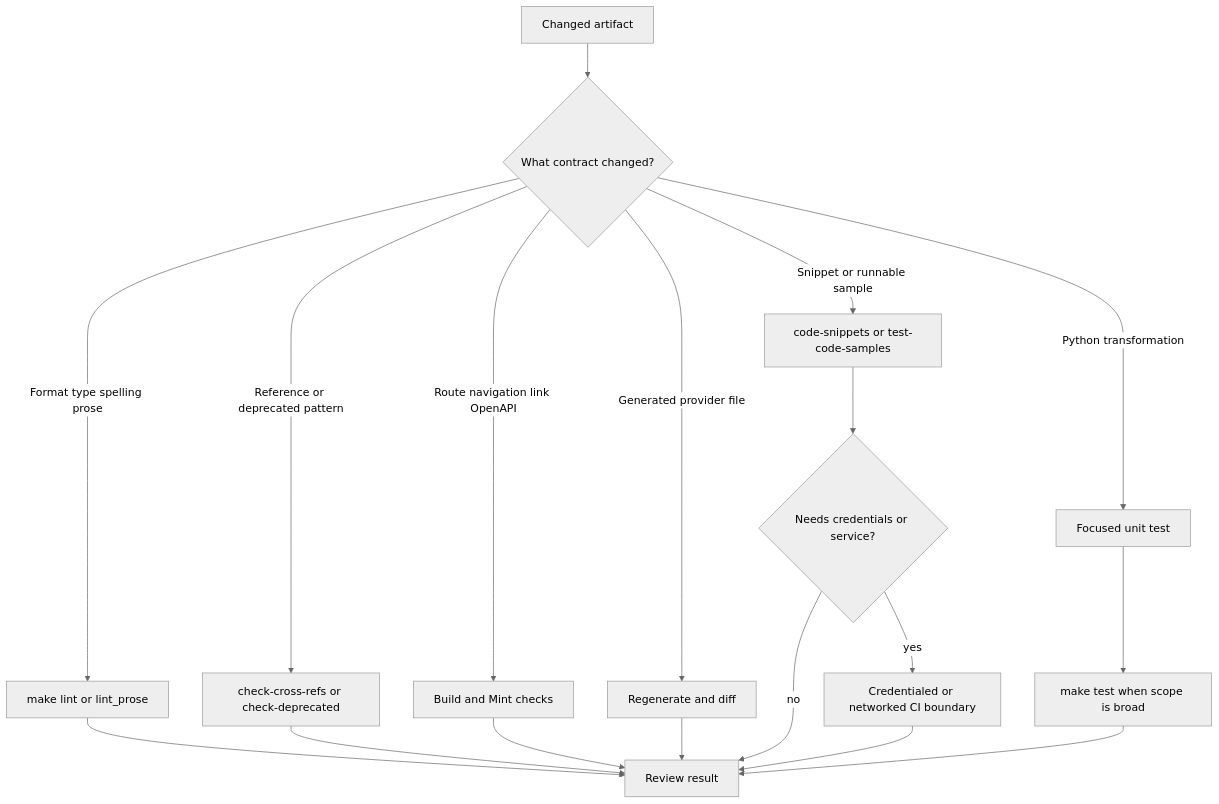
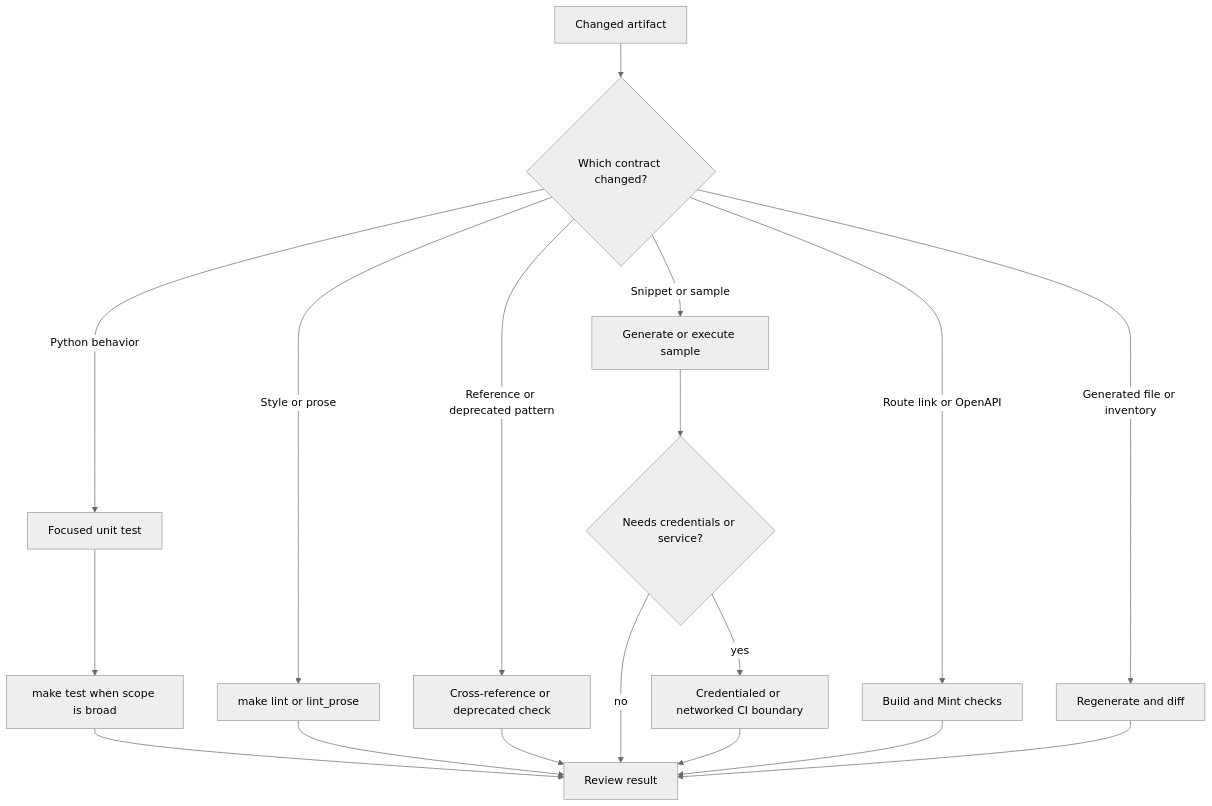
Before and after one commit to langchain-ai/docs: the diagram in openwiki/testing/test-overview.md, drawn with Mermaid (neutral theme). The commit also changed other lines of this file and 42 other files, not shown here.

````diff
--- a/openwiki/testing/test-overview.md
+++ b/openwiki/testing/test-overview.md
@@ -94,20 +89,20 @@
 ```mermaid
 flowchart TD
-  Artifact["Changed artifact"] --> Kind{"What contract changed?"}
-  Kind -->|"Python transformation"| Unit["Focused unit test"]
-  Kind -->|"Format type spelling prose"| Static["make lint or lint_prose"]
-  Kind -->|"Reference or deprecated pattern"| Source["check-cross-refs or check-deprecated"]
-  Kind -->|"Snippet or runnable sample"| Sample["code-snippets or test-code-samples"]
-  Kind -->|"Route navigation link OpenAPI"| Site["Build and Mint checks"]
-  Kind -->|"Generated provider file"| Generated["Regenerate and diff"]
+  Artifact["Changed artifact"] --> Kind{"Which contract changed?"}
+  Kind -->|"Python behavior"| Unit["Focused unit test"]
+  Kind -->|"Style or prose"| Static["make lint or lint_prose"]
+  Kind -->|"Reference or deprecated pattern"| Source["Cross-reference or deprecated check"]
+  Kind -->|"Snippet or sample"| Sample["Generate or execute sample"]
+  Kind -->|"Route link or OpenAPI"| Site["Build and Mint checks"]
+  Kind -->|"Generated file or inventory"| Generated["Regenerate and diff"]
   Unit --> Wider["make test when scope is broad"]
-  Static --> Review["Review result"]
+  Sample --> Boundary{"Needs credentials or service?"}
+  Boundary -->|"no"| Review["Review result"]
+  Boundary -->|"yes"| CI["Credentialed or networked CI boundary"]
+  Static --> Review
   Source --> Review
-  Sample --> Boundary{"Needs credentials or service?"}
   Site --> Review
   Generated --> Review
-  Boundary -->|"no"| Review
-  Boundary -->|"yes"| CI["Credentialed or networked CI boundary"]
+  Wider --> Review
   CI --> Review
-  Wider --> Review
 ```
````
